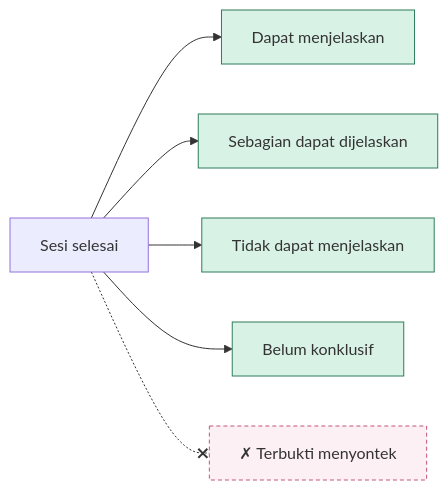
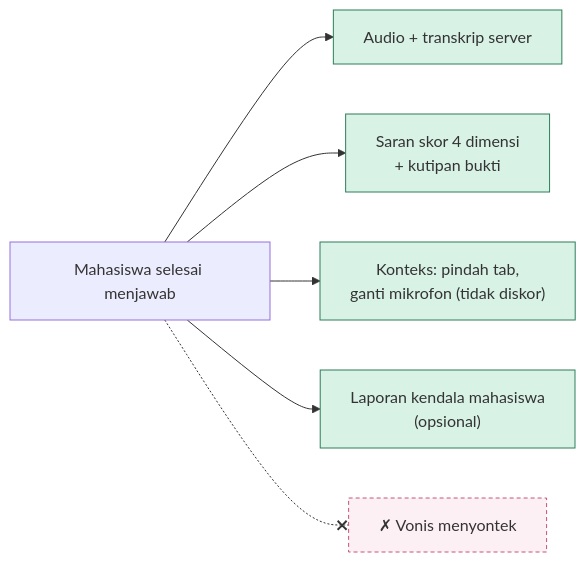
One commit to FadhRach/ThinkPath changed the fourth of 5 diagrams in diagram/02-alur-dosen.md. Above: the diagram before and after it, drawn with Mermaid. The commit also changed other lines of this file and 23 other files, not shown here.

First line of the commit message:
docs: Cek Paham di README dan diagram, protokol evaluasi di ai_experiment

````diff
--- a/diagram/02-alur-dosen.md
+++ b/diagram/02-alur-dosen.md
@@ -119,13 +117,13 @@
 ```mermaid
 flowchart LR
-    S["Sesi selesai"] --> A["Dapat menjelaskan"]
-    S --> B["Sebagian dapat dijelaskan"]
-    S --> C["Tidak dapat menjelaskan"]
-    S --> D["Belum konklusif"]
-    S -.-x E["✗ Terbukti menyontek"]
+    S["Mahasiswa selesai menjawab"] --> A["Audio + transkrip server"]
+    S --> B["Saran skor 4 dimensi<br/>+ kutipan bukti"]
+    S --> C["Konteks: pindah tab,<br/>ganti mikrofon (tidak diskor)"]
+    S --> D["Laporan kendala mahasiswa<br/>(opsional)"]
+    S -.-x E["✗ Vonis menyontek"]
 
     classDef ada fill:#D9F2E6,stroke:#2E7D5B
     classDef tidak fill:#FDF0F4,stroke:#C2547A,stroke-dasharray:4 3
     class A,B,C,D ada
     class E tidak
 ```
````
